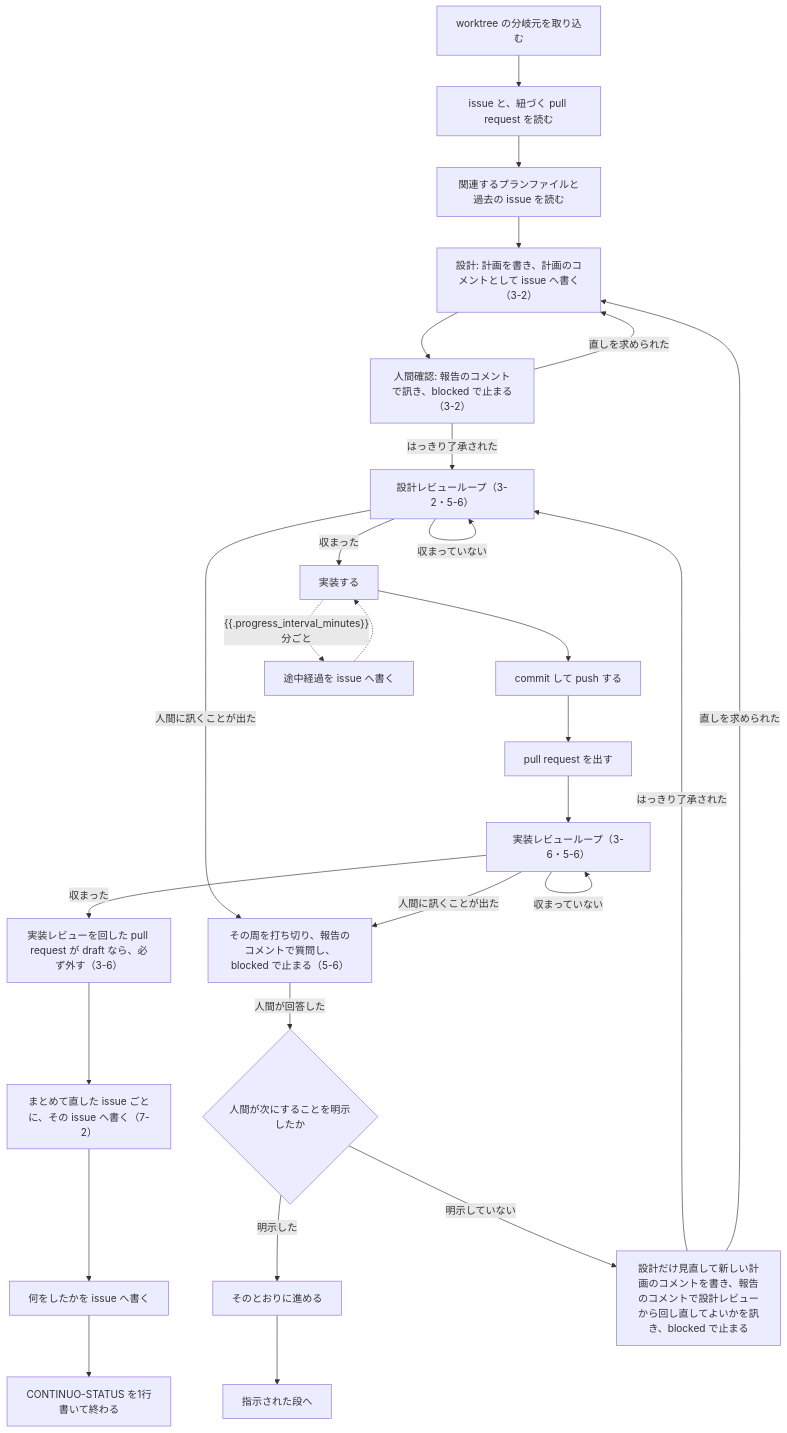
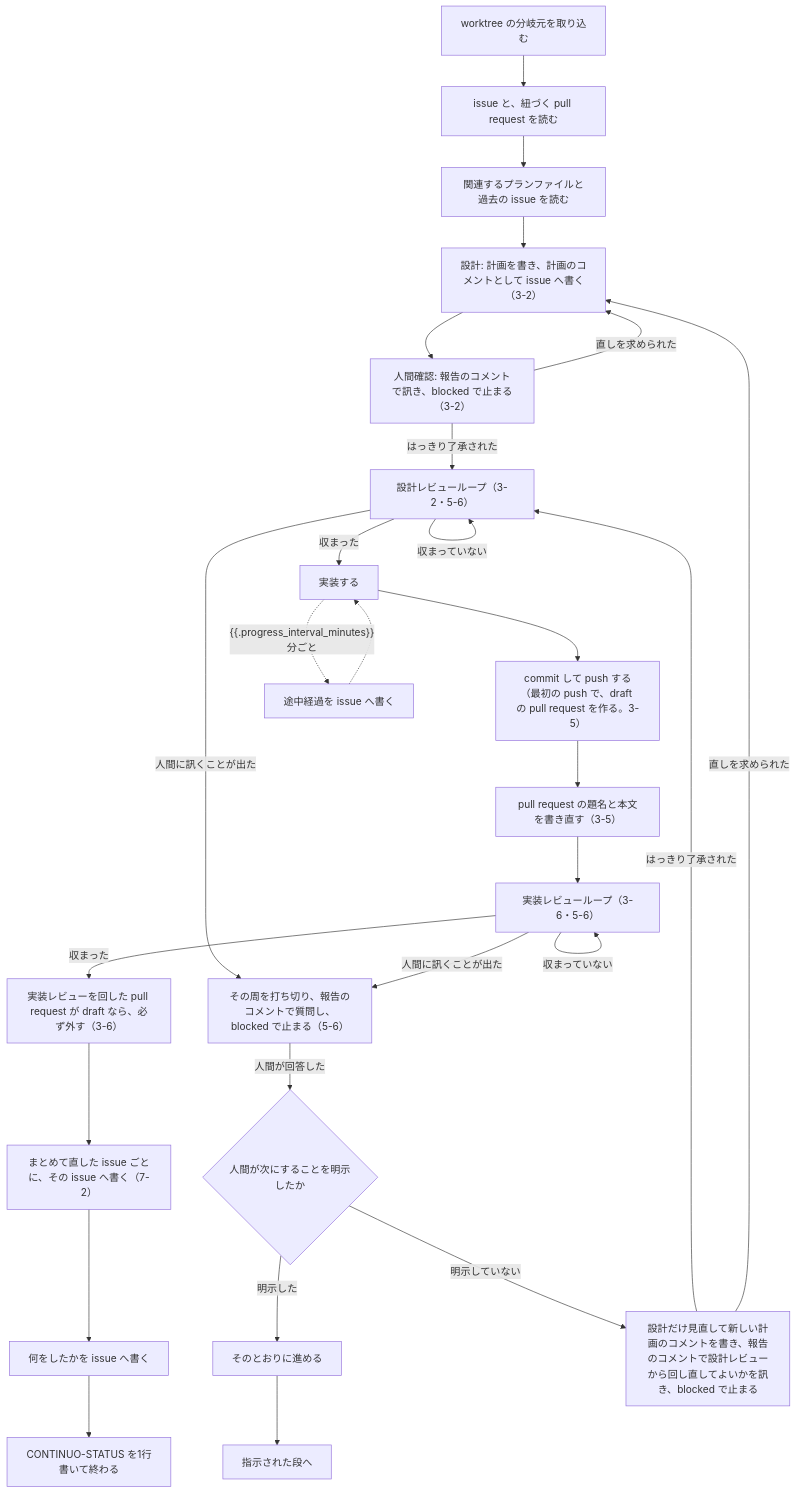
Before and after one commit to maimuzo/continuo: the first of 2 diagrams in internal/prompt/builtin.md, drawn with Mermaid. The commit also changed other lines of this file and 8 other files, not shown here.

Commit message:
組み込みの指示書を5件ぶん直す 解ける衝突は解いて進ませ 時刻を機械のタイムゾーンで書かせ 報告の前に指示を分けさせ 検討の経緯を URL で読ませ 担当の確認と最初の push での draft の pull request を足す

````diff
--- a/internal/prompt/builtin.md
+++ b/internal/prompt/builtin.md
@@ -19,29 +19,29 @@
 ```mermaid
 flowchart TD
     Z["worktree の分岐元を取り込む"] --> A["issue と、紐づく pull request を読む"]
     A --> B["関連するプランファイルと過去の issue を読む"]
     B --> C["設計: 計画を書き、計画のコメントとして issue へ書く（3-2）"]
     C --> HC["人間確認: 報告のコメントで訊き、blocked で止まる（3-2）"]
     HC -- "はっきり了承された" --> D["設計レビューループ（3-2・5-6）"]
     HC -- "直しを求められた" --> C
     D -- "収まっていない" --> D
     D -- "収まった" --> F["実装する"]
-    F --> G["commit して push する"]
-    G --> H["pull request を出す"]
+    F --> G["commit して push する（最初の push で、draft の pull request を作る。3-5）"]
+    G --> H["pull request の題名と本文を書き直す（3-5）"]
     H --> I["実装レビューループ（3-6・5-6）"]
     I -- "収まっていない" --> I
     I -- "収まった" --> P["実装レビューを回した pull request が draft なら、必ず外す（3-6）"]
     P --> J2["まとめて直した issue ごとに、その issue へ書く（7-2）"]
     J2 --> K["何をしたかを issue へ書く"]
     K --> L["CONTINUO-STATUS を1行書いて終わる"]
     D -- "人間に訊くことが出た" --> Q["その周を打ち切り、報告のコメントで質問し、blocked で止まる（5-6）"]
     I -- "人間に訊くことが出た" --> Q
     Q -- "人間が回答した" --> R{"人間が次にすることを明示したか"}
     R -- "明示した" --> R1["そのとおりに進める"]
     R1 --> R1S["指示された段へ"]
     R -- "明示していない" --> R2["設計だけ見直して新しい計画のコメントを書き、報告のコメントで設計レビューから回し直してよいかを訊き、blocked で止まる"]
     R2 -- "はっきり了承された" --> D
     R2 -- "直しを求められた" --> C
     F -. "{{.progress_interval_minutes}}分ごと" .-> M["途中経過を issue へ書く"]
     M -.-> F
 ```
````
